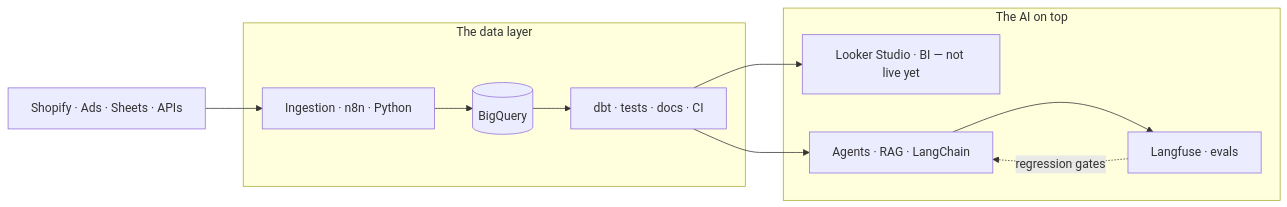
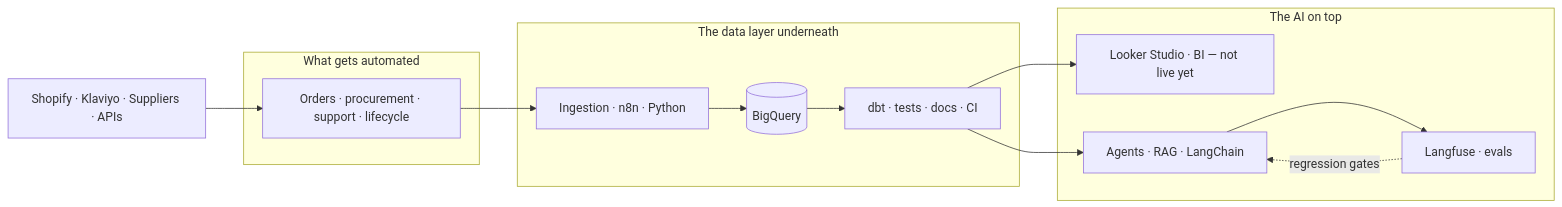
Before and after one commit to alfassaad/alfassaad: the diagram in README.md, drawn with Mermaid. The commit also changed other lines of this file, not shown here.

````diff
--- a/README.md
+++ b/README.md
@@ -11,17 +13,21 @@
 ```mermaid
 flowchart LR
-  A[Shopify · Ads · Sheets · APIs]
-  subgraph DL[The data layer]
-    B[Ingestion · n8n · Python] --> C[(BigQuery)] --> D[dbt · tests · docs · CI]
+  A[Shopify · Klaviyo · Suppliers · APIs]
+  subgraph OPS[What gets automated]
+    B[Orders · procurement · support · lifecycle]
+  end
+  subgraph DL[The data layer underneath]
+    C[Ingestion · n8n · Python] --> D[(BigQuery)] --> E[dbt · tests · docs · CI]
   end
   subgraph AI[The AI on top]
-    E[Looker Studio · BI — not live yet]
-    F[Agents · RAG · LangChain]
-    G[Langfuse · evals]
+    F[Looker Studio · BI — not live yet]
+    G[Agents · RAG · LangChain]
+    H[Langfuse · evals]
   end
   A --> B
-  D --> E
-  D --> F
-  F --> G
-  G -.->|regression gates| F
+  B --> C
+  E --> F
+  E --> G
+  G --> H
+  H -.->|regression gates| G
 ```
````
